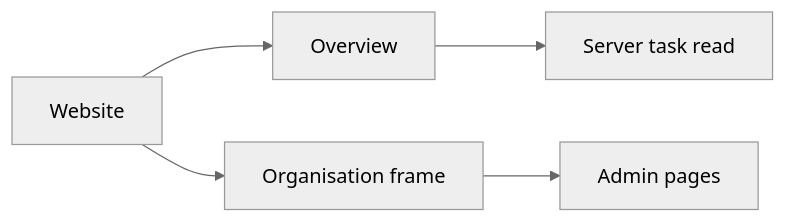
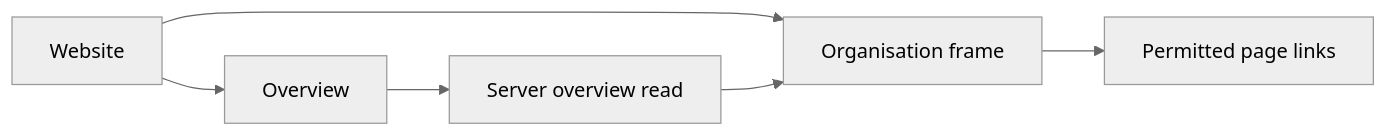
One commit to elewa-git/opencrane-new changed the diagram in apps/web/src/app/organisation/README.md. Above: the diagram before and after it, drawn with Mermaid (neutral theme). The commit also changed other lines of this file and 20 other files, not shown here.

````diff
--- a/apps/web/src/app/organisation/README.md
+++ b/apps/web/src/app/organisation/README.md
@@ -13,7 +13,8 @@
 ```mermaid
 flowchart LR
   web[Website] --> overview[Overview]
   web --> shell[Organisation frame]
-  overview --> server[Server task read]
-  shell --> admin[Admin pages]
+  overview --> server[Server overview read]
+  server --> shell
+  shell --> admin[Permitted page links]
 ```
````
